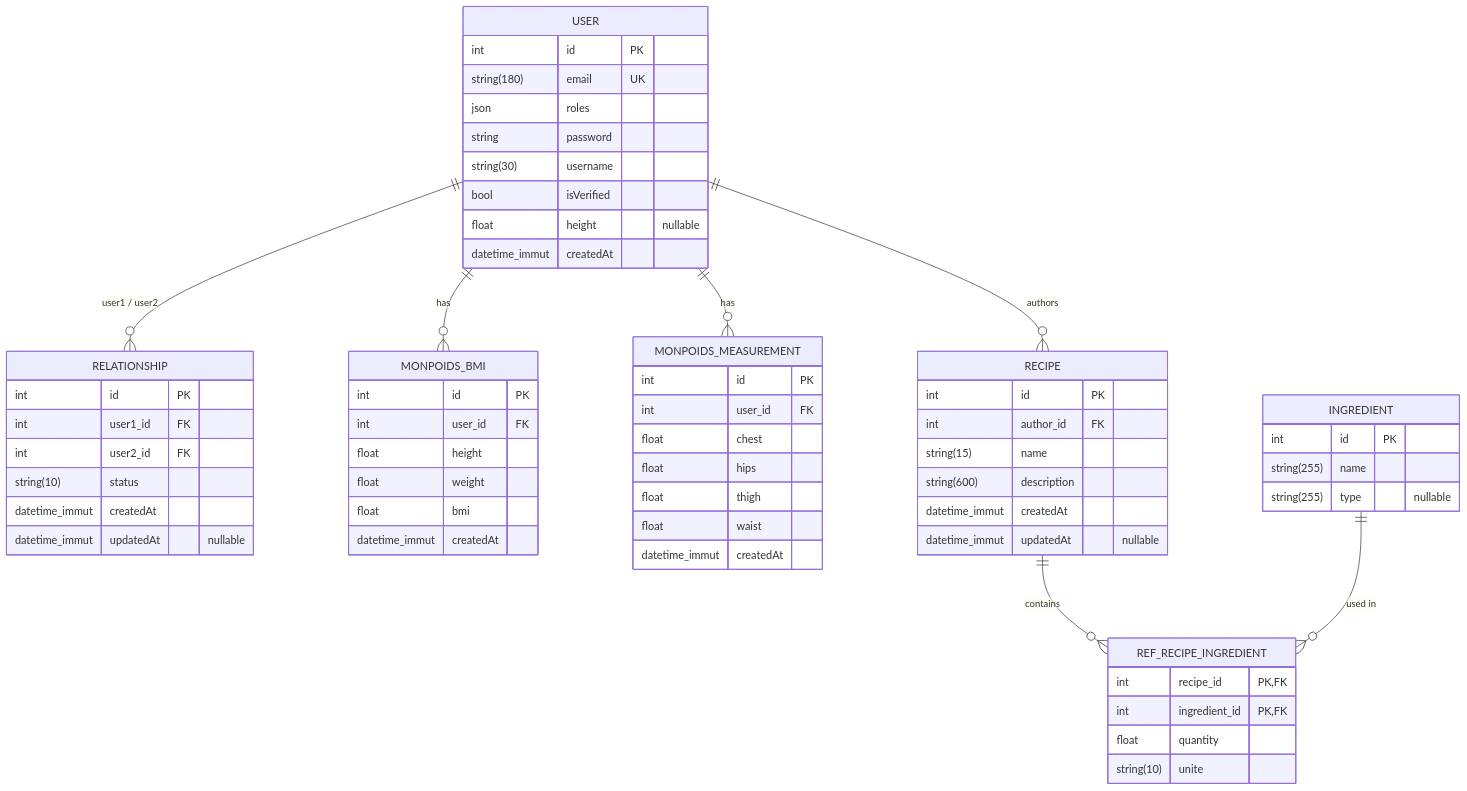
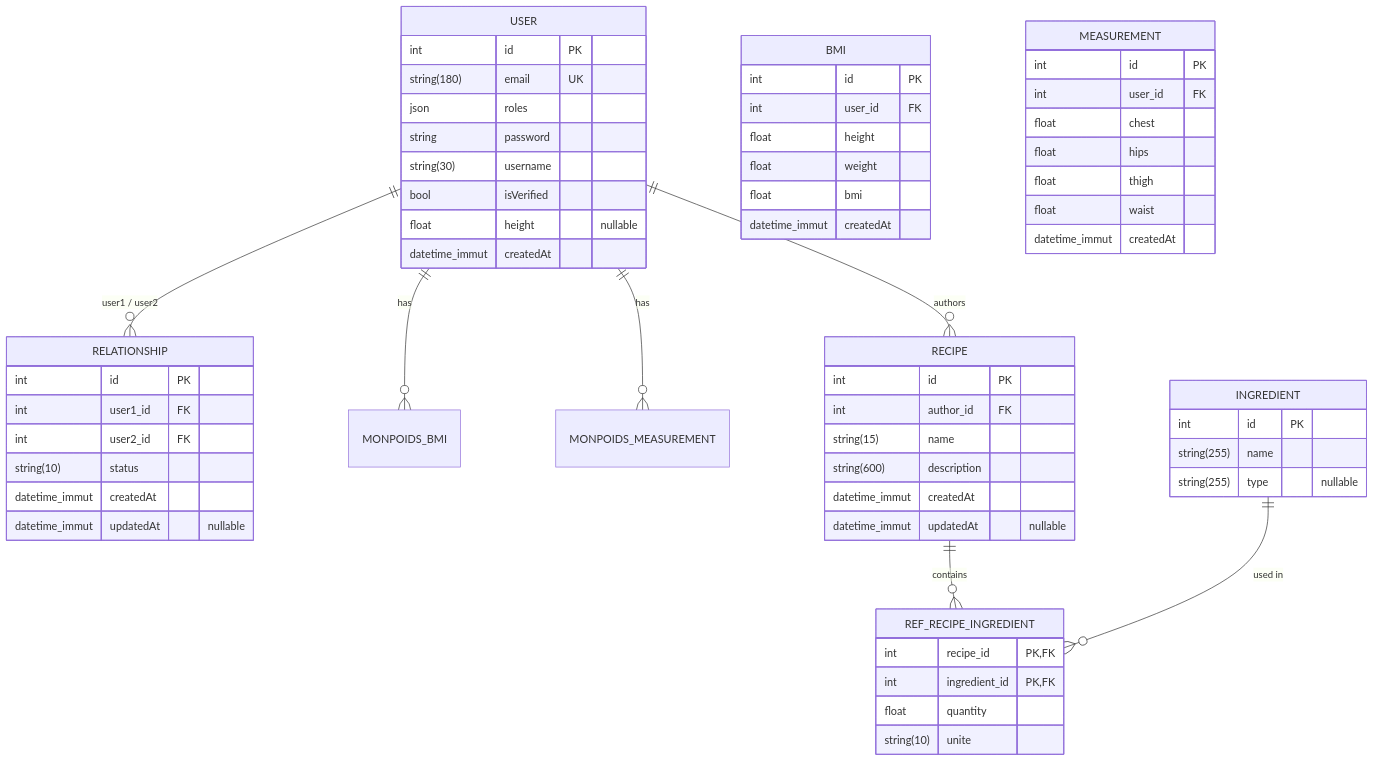
One commit to EECKHOUTRemi/MesApplisHF changed the diagram in README.md. Above: the diagram before and after it, drawn with Mermaid.

Commit message:
fix: BMI and Measurement db name in db schema

````diff
--- a/README.md
+++ b/README.md
@@ -67,70 +67,70 @@
 ```mermaid
 erDiagram
     USER ||--o{ RELATIONSHIP    : "user1 / user2"
     USER ||--o{ MONPOIDS_BMI    : has
     USER ||--o{ MONPOIDS_MEASUREMENT : has
     USER ||--o{ RECIPE          : authors
     RECIPE ||--o{ REF_RECIPE_INGREDIENT : contains
     INGREDIENT ||--o{ REF_RECIPE_INGREDIENT : "used in"
 
     USER {
         int             id PK
         string(180)     email UK
         json            roles
         string          password
         string(30)      username
         bool            isVerified
         float           height "nullable"
         datetime_immut  createdAt
     }
 
     RELATIONSHIP {
         int             id PK
         int             user1_id FK
         int             user2_id FK
         string(10)      status
         datetime_immut  createdAt
         datetime_immut  updatedAt "nullable"
     }
 
-    MONPOIDS_BMI {
+    BMI {
         int             id PK
         int             user_id FK
         float           height
         float           weight
         float           bmi
         datetime_immut  createdAt
     }
 
-    MONPOIDS_MEASUREMENT {
+    MEASUREMENT {
         int             id PK
         int             user_id FK
         float           chest
         float           hips
         float           thigh
         float           waist
         datetime_immut  createdAt
     }
 
     RECIPE {
         int             id PK
         int             author_id FK
         string(15)      name
         string(600)     description
         datetime_immut  createdAt
         datetime_immut  updatedAt "nullable"
     }
 
     INGREDIENT {
         int             id PK
         string(255)     name
         string(255)     type "nullable"
     }
 
     REF_RECIPE_INGREDIENT {
         int             recipe_id PK,FK
         int             ingredient_id PK,FK
         float           quantity
         string(10)      unite
     }
 ```
````
